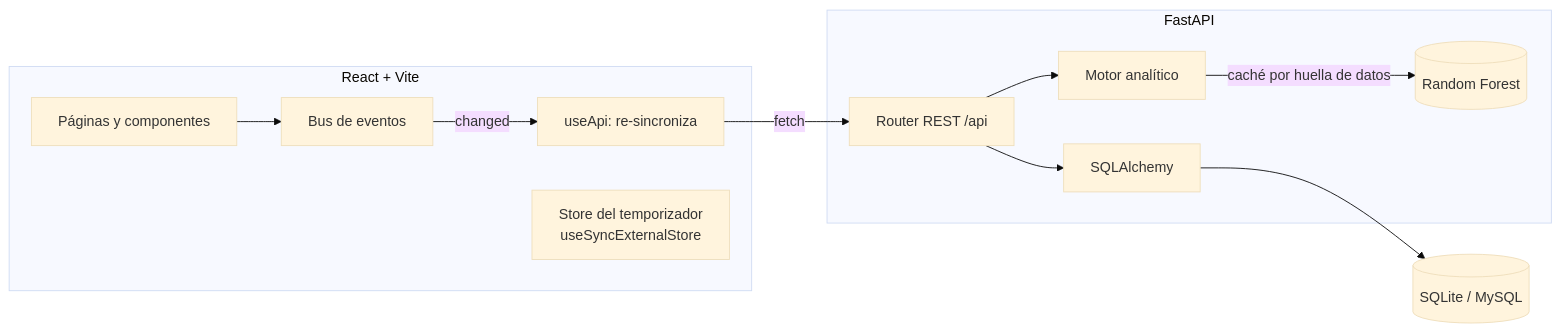
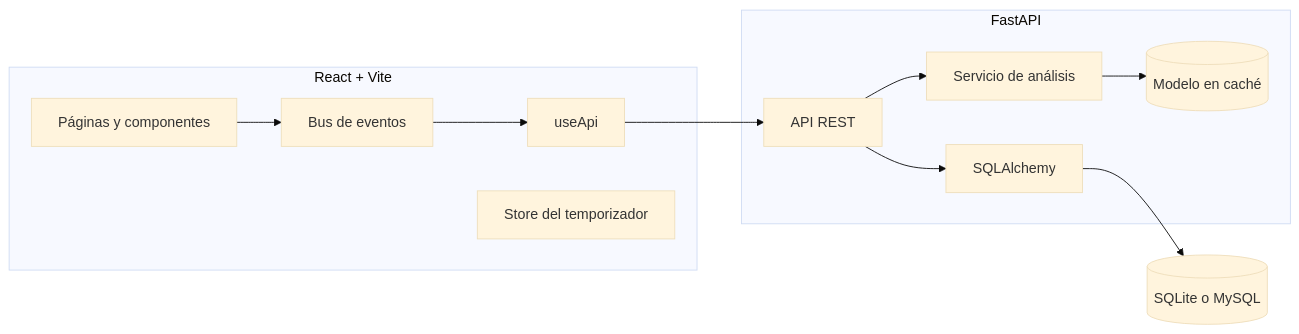
Before and after one commit to saracastrillons/lifeos: the diagram in README.md, drawn with Mermaid (base theme). The commit also changed other lines of this file and 3 other files, not shown here.

````diff
--- a/README.md
+++ b/README.md
@@ -34,15 +74,15 @@
 ```mermaid
 flowchart LR
   subgraph Frontend [React + Vite]
     UI[Páginas y componentes] --> Bus[Bus de eventos]
-    Bus -->|"changed"| Hooks[useApi: re-sincroniza]
-    Timer[Store del temporizador<br/>useSyncExternalStore]
+    Bus --> Hooks[useApi]
+    Timer[Store del temporizador]
   end
   subgraph Backend [FastAPI]
-    API[Router REST /api] --> ORM[SQLAlchemy]
-    API --> ML[Motor analítico]
-    ML -->|caché por huella de datos| Model[(Random Forest)]
+    API[API REST] --> ORM[SQLAlchemy]
+    API --> ML[Servicio de análisis]
+    ML --> Cache[(Modelo en caché)]
   end
-  ORM --> DB[(SQLite / MySQL)]
-  Hooks -- fetch --> API
+  ORM --> DB[(SQLite o MySQL)]
+  Hooks --> API
 ```
````
